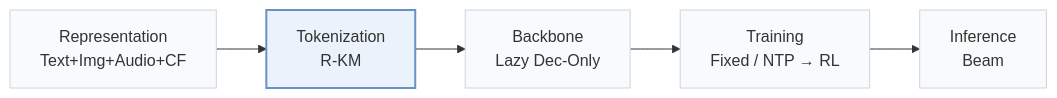
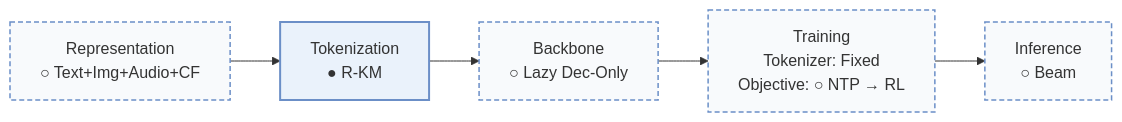
Before and after one commit to Galaxy-ghost/Awesome-SID-Generative-Rec: the first of 2 diagrams in pages/papers/onelive.md, drawn with Mermaid. The commit also changed other lines of this file and 558 other files, not shown here.

````diff
--- a/pages/papers/onelive.md
+++ b/pages/papers/onelive.md
@@ -15,8 +18,10 @@
 ```mermaid
 flowchart LR
-    R["Representation<br/>Text+Img+Audio+CF"] --> T["Tokenization<br/>R-KM"] --> B["Backbone<br/>Lazy Dec-Only"] --> TR["Training<br/>Fixed / NTP → RL"] --> I["Inference<br/>Beam"]
+    R["Representation<br/>○ Text+Img+Audio+CF"] --> T["Tokenization<br/>● R-KM"] --> B["Backbone<br/>○ Lazy Dec-Only"] --> TR["Training<br/>Tokenizer: Fixed<br/>Objective: ○ NTP → RL"] --> I["Inference<br/>○ Beam"]
     classDef base fill:#f8fafc,stroke:#cbd5e1
     class R,T,B,TR,I base
+    classDef other fill:#f8fafc,stroke:#6b8fc7,stroke-width:1.5px,stroke-dasharray:5 3
+    class R,B,TR,I other
     classDef main fill:#eaf2fb,stroke:#6b8fc7,stroke-width:2px
     class T main
 ```
````
